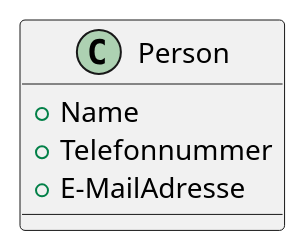
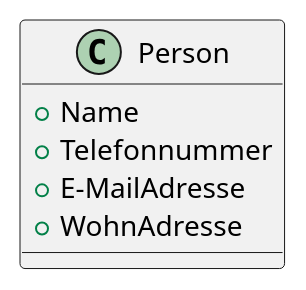
Before and after one commit to ablersch/software-developer-ihk-modul-2: the diagram in exercises/Uebung_04_Klassendiagramm/Loesung_4/docs/diagrams/src/Person.puml, drawn with PlantUML. The commit also changed 1 other file, not shown here.

```diff
--- a/exercises/Uebung_04_Klassendiagramm/Loesung_4/docs/diagrams/src/Person.puml
+++ b/exercises/Uebung_04_Klassendiagramm/Loesung_4/docs/diagrams/src/Person.puml
@@ -1,7 +1,8 @@
 @startuml
 class Person {
     + Name
     + Telefonnummer
     + E-MailAdresse
+    + WohnAdresse
 }
 @enduml
```
